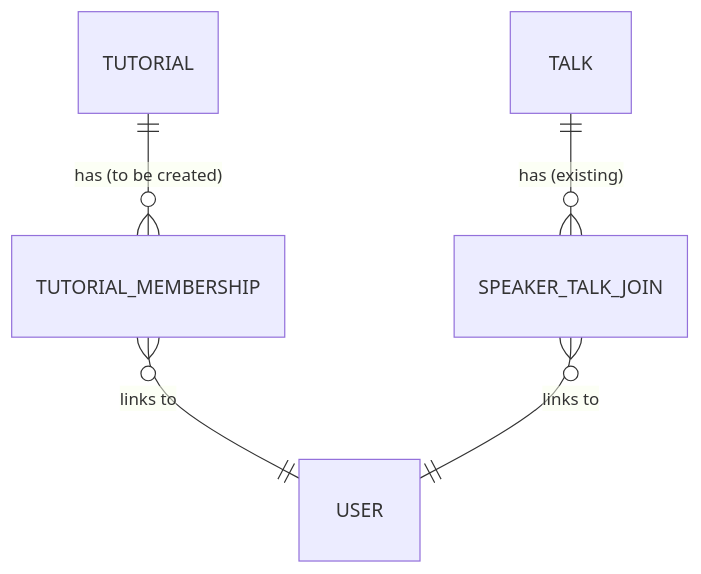
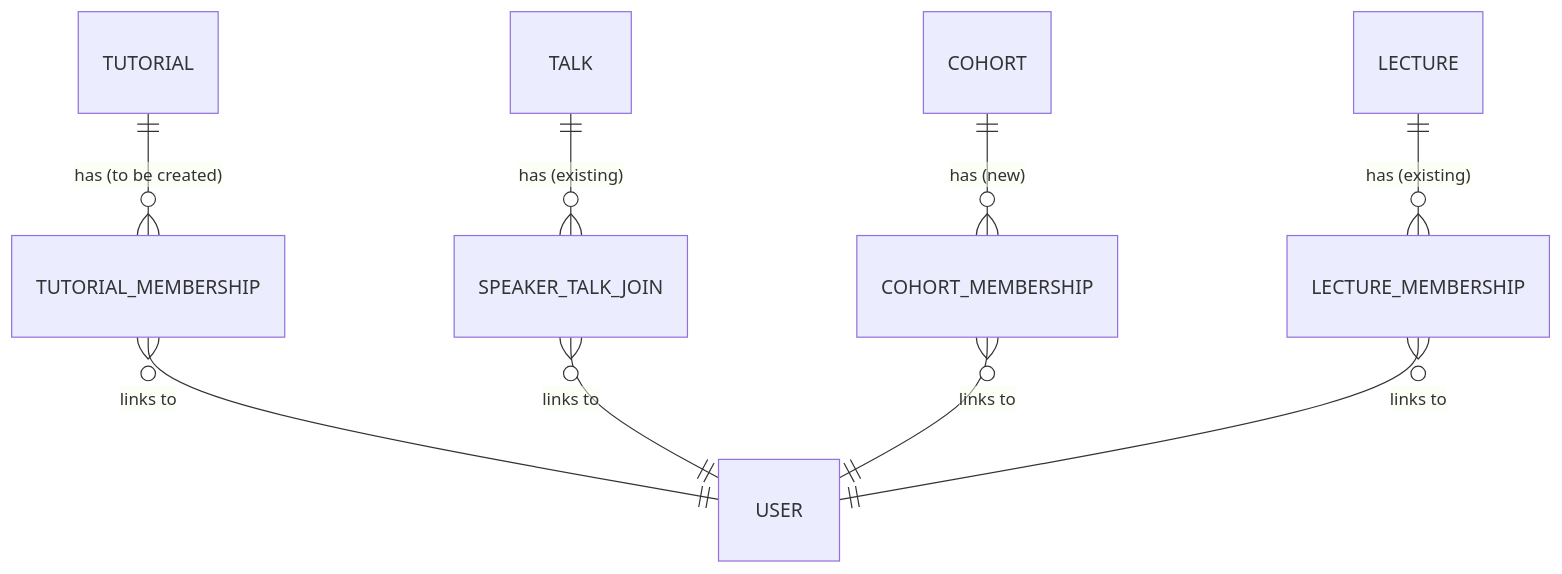
Before and after one commit to MaMpf-HD/mampf: the first of 2 diagrams in architecture/src/features/03-rosters.md, drawn with Mermaid. The commit also changed other lines of this file and 2 other files, not shown here.

Commit message:
Introduce Cohort model

````diff
--- a/architecture/src/features/03-rosters.md
+++ b/architecture/src/features/03-rosters.md
@@ -386,8 +480,14 @@
 ```mermaid
 erDiagram
     TUTORIAL ||--o{ TUTORIAL_MEMBERSHIP : "has (to be created)"
     TUTORIAL_MEMBERSHIP }o--|| USER : "links to"
 
     TALK ||--o{ SPEAKER_TALK_JOIN : "has (existing)"
     SPEAKER_TALK_JOIN }o--|| USER : "links to"
+
+    COHORT ||--o{ COHORT_MEMBERSHIP : "has (new)"
+    COHORT_MEMBERSHIP }o--|| USER : "links to"
+
+    LECTURE ||--o{ LECTURE_MEMBERSHIP : "has (existing)"
+    LECTURE_MEMBERSHIP }o--|| USER : "links to"
 ```
````
